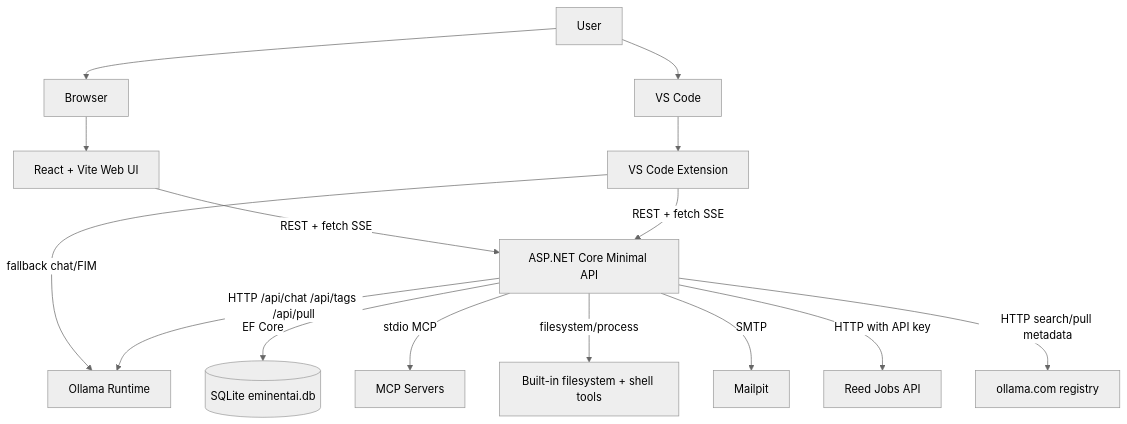
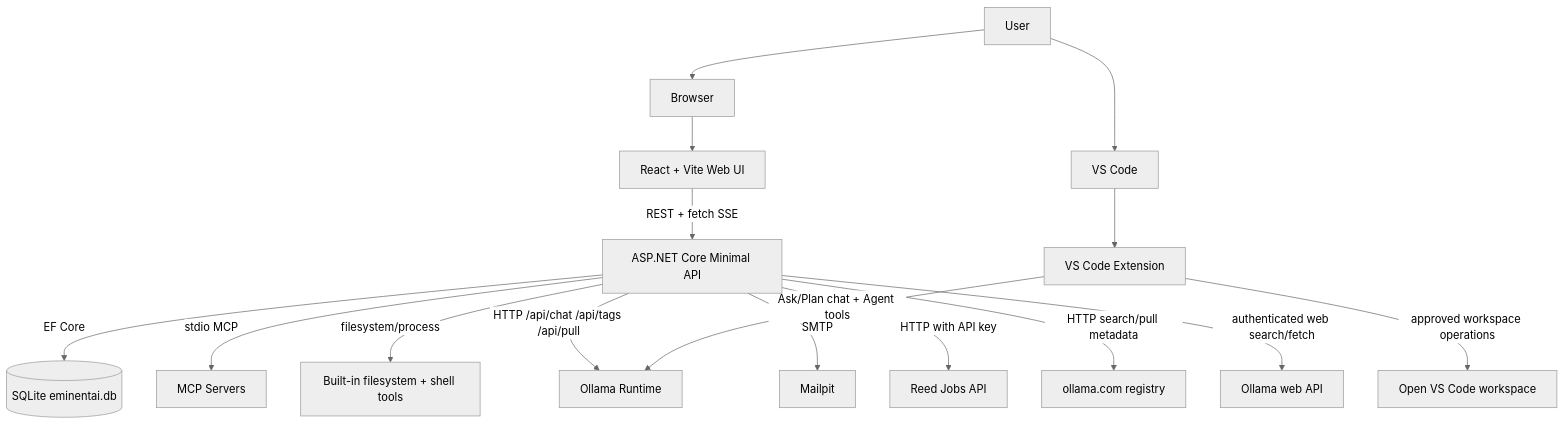
Before and after one commit to ekanatha-urivakili/EminentAiAgent: the first of 16 diagrams in docs/AIAGENT_ARCHITECTURE.md, drawn with Mermaid (neutral theme). The commit also changed other lines of this file and 45 other files, not shown here.

Commit message:
VS code Extension enhancements

````diff
--- a/docs/AIAGENT_ARCHITECTURE.md
+++ b/docs/AIAGENT_ARCHITECTURE.md
@@ -55,20 +58,21 @@
 ```mermaid
 flowchart TB
     User[User] --> Browser[Browser]
     User --> VSCode[VS Code]
 
     Browser --> Web[React + Vite Web UI]
     VSCode --> Extension[VS Code Extension]
 
     Web -->|REST + fetch SSE| Api[ASP.NET Core Minimal API]
-    Extension -->|REST + fetch SSE| Api
-    Extension -->|fallback chat/FIM| Ollama[Ollama Runtime]
+    Extension -->|Ask/Plan chat + Agent tools| Ollama[Ollama Runtime]
+    Extension -->|approved workspace operations| VsWorkspace[Open VS Code workspace]
 
     Api -->|HTTP /api/chat /api/tags /api/pull| Ollama
     Api -->|EF Core| Db[(SQLite eminentai.db)]
     Api -->|stdio MCP| McpServers[MCP Servers]
     Api -->|filesystem/process| LocalTools[Built-in filesystem + shell tools]
     Api -->|SMTP| Mailpit[Mailpit]
     Api -->|HTTP with API key| Reed[Reed Jobs API]
     Api -->|HTTP search/pull metadata| OllamaRegistry[ollama.com registry]
+    Api -->|authenticated web search/fetch| WebSearch[Ollama web API]
 ```
````
